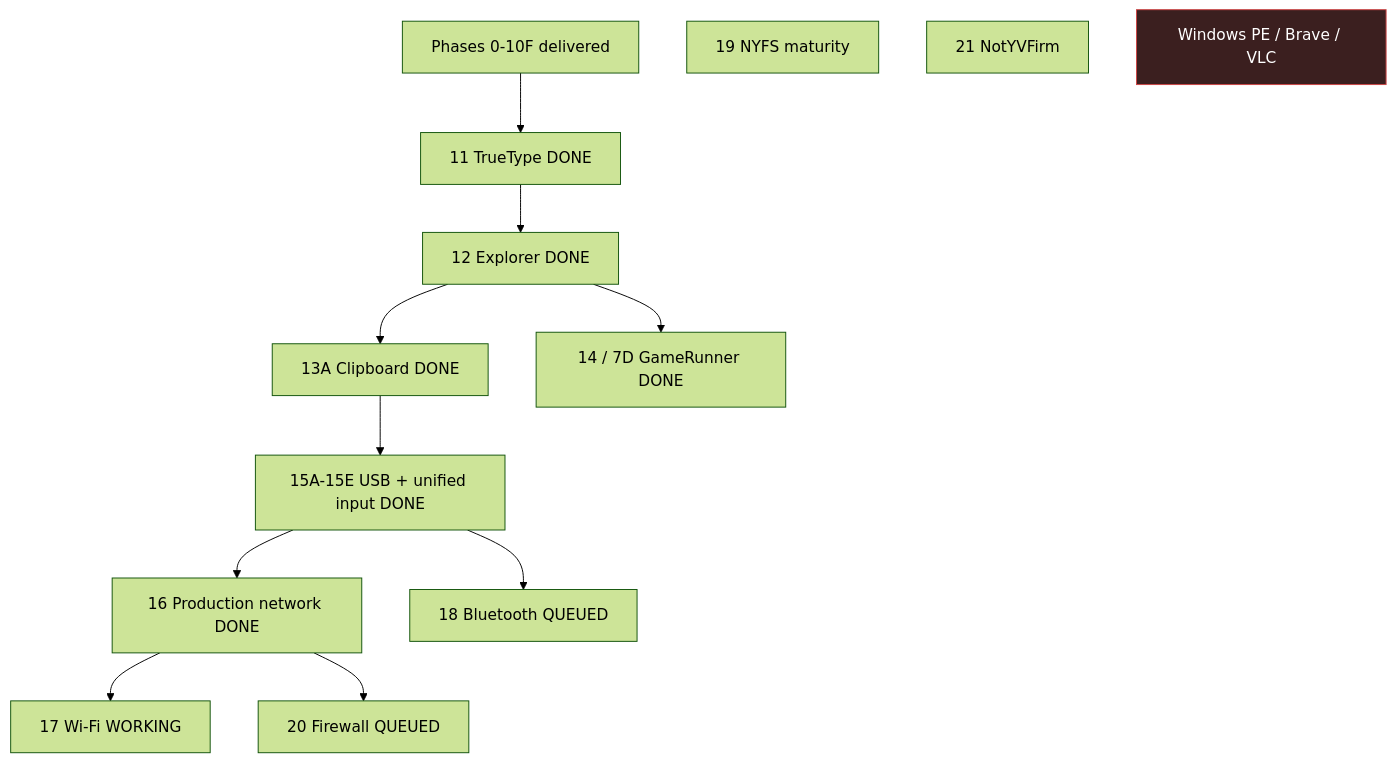
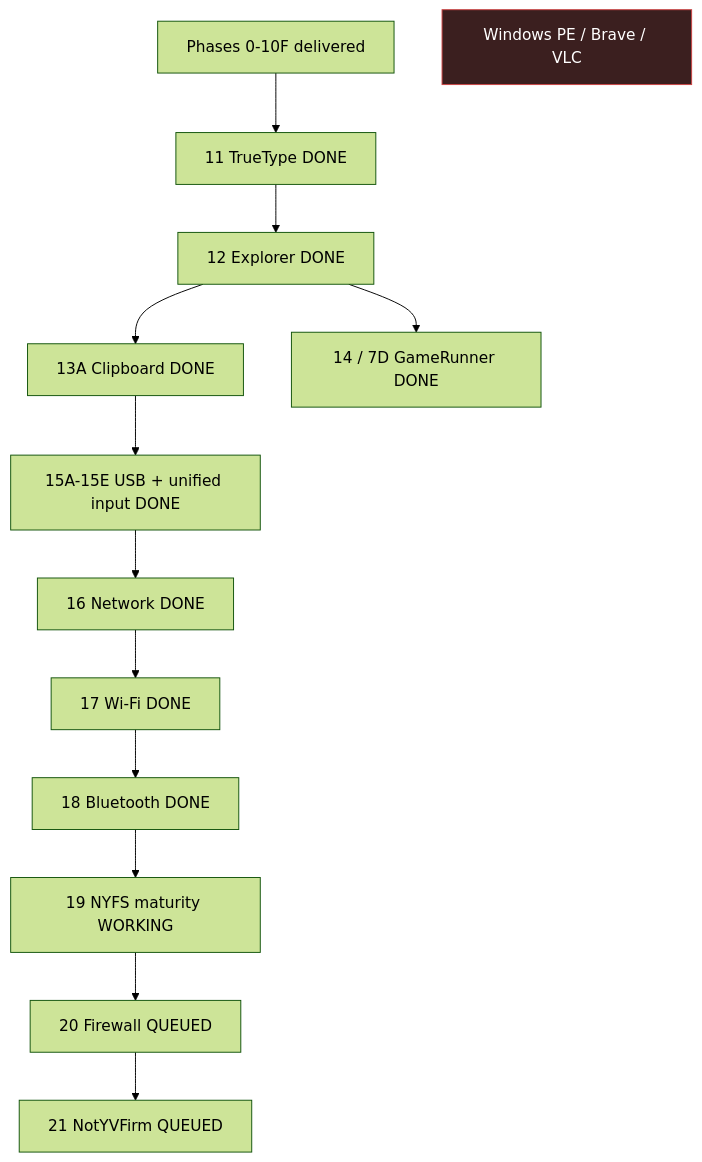
The diagram in docs/roadmap.md (NotY215/NotYVOS), drawn with Mermaid (forest theme) before and after one commit. The commit also changed other lines of this file, not shown here.

````diff
--- a/docs/roadmap.md
+++ b/docs/roadmap.md
@@ -10,16 +10,16 @@
 ```mermaid
 flowchart TD
     D[Phases 0-10F delivered] --> P11[11 TrueType DONE]
     P11 --> P12[12 Explorer DONE]
     P12 --> P13A[13A Clipboard DONE]
     P12 --> P14[14 / 7D GameRunner DONE]
     P13A --> P15[15A-15E USB + unified input DONE]
-    P15 --> P16[16 Production network DONE]
-    P16 --> P17[17 Wi-Fi WORKING]
-    P15 --> P18[18 Bluetooth QUEUED]
-    P16 --> P20[20 Firewall QUEUED]
-    P19[19 NYFS maturity]
-    P21[21 NotYVFirm]
+    P15 --> P16[16 Network DONE]
+    P16 --> P17[17 Wi-Fi DONE]
+    P17 --> P18[18 Bluetooth DONE]
+    P18 --> P19[19 NYFS maturity WORKING]
+    P19 --> P20[20 Firewall QUEUED]
+    P20 --> P21[21 NotYVFirm QUEUED]
     X[Windows PE / Brave / VLC]:::ex
     classDef ex fill:#3b1f1f,stroke:#c44,color:#fff
 ```
````
